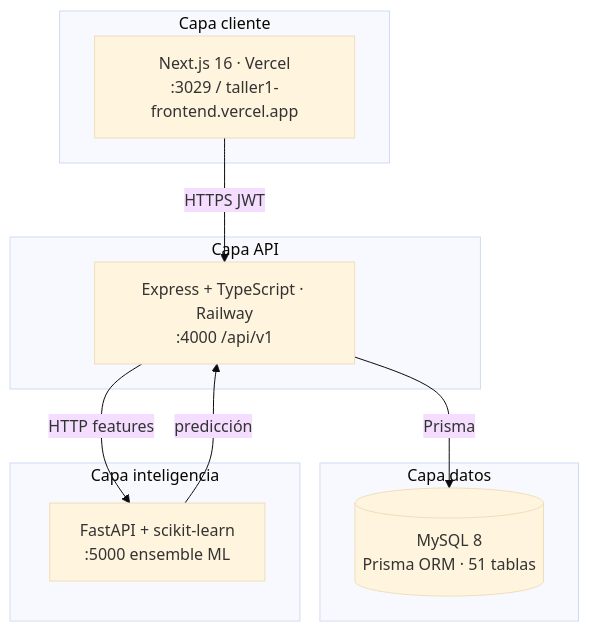
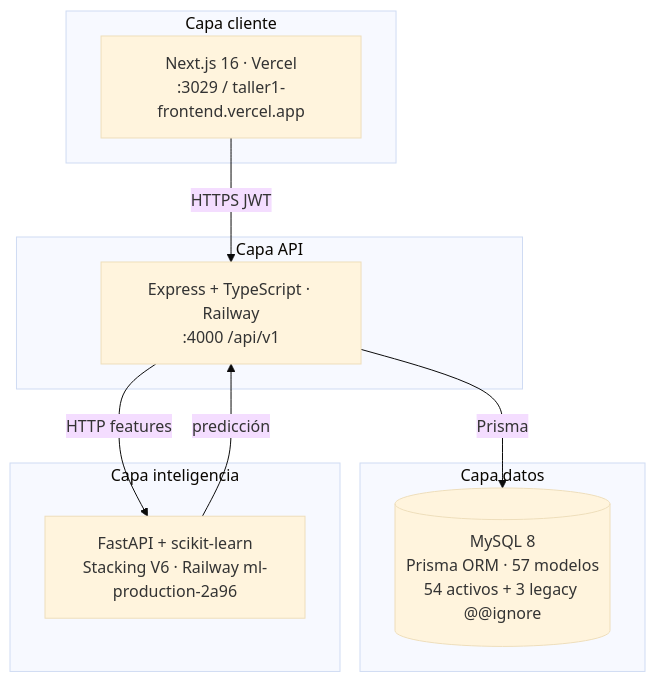
The diagram in docs/arquitectura/arquitectura-general.md (4dr1-2529/taller1), drawn with Mermaid (base theme) before and after one commit. The commit also changed other lines of this file and 153 other files, not shown here.

````diff
--- a/docs/arquitectura/arquitectura-general.md
+++ b/docs/arquitectura/arquitectura-general.md
@@ -16,23 +16,23 @@
 ```mermaid
 flowchart TB
   subgraph CLIENTE["Capa cliente"]
     WEB[Next.js 16 · Vercel<br/>:3029 / taller1-frontend.vercel.app]
   end
 
   subgraph API["Capa API"]
     BE[Express + TypeScript · Railway<br/>:4000 /api/v1]
   end
 
   subgraph DATOS["Capa datos"]
-    DB[(MySQL 8<br/>Prisma ORM · 51 tablas)]
+    DB[(MySQL 8<br/>Prisma ORM · 57 modelos<br/>54 activos + 3 legacy @@ignore)]
   end
 
   subgraph IA["Capa inteligencia"]
-    ML[FastAPI + scikit-learn<br/>:5000 ensemble ML]
+    ML[FastAPI + scikit-learn<br/>Stacking V6 · Railway ml-production-2a96]
   end
 
   WEB -->|HTTPS JWT| BE
   BE -->|Prisma| DB
   BE -->|HTTP features| ML
   ML -->|predicción| BE
 ```
````
